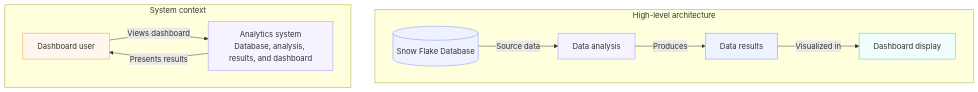
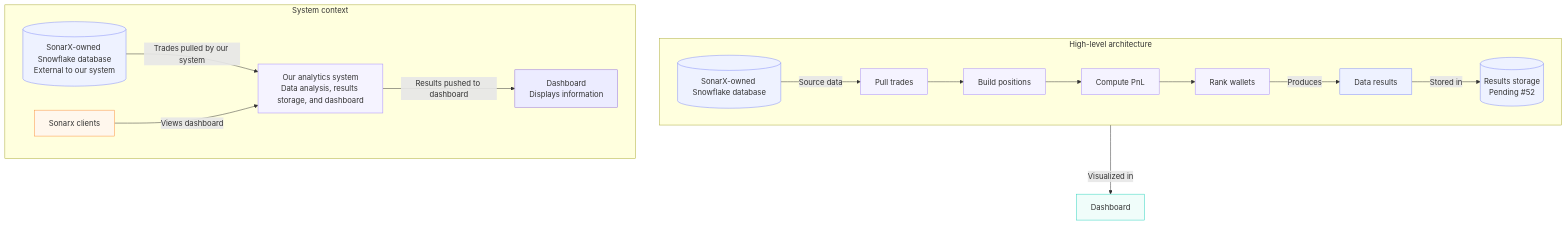
The diagram in docs/design/architecture.md (Bryancostco/CPSC490-G04-EpicEngineers), drawn with Mermaid before and after one commit.

Commit message:
Revision of Architecture + Systen Context Diagrams

`````diff
--- a/docs/design/architecture.md
+++ b/docs/design/architecture.md
@@ -2,42 +3,53 @@
 ```mermaid 
-flowchart TB
-%% High-Level Archiecture Diagram: Figure 1. Data Flow Visualization
 
 
+flowchart TB
+  %% High-Level Archiecture Diagram: Figure 1. Data Flow Visualization
+ subgraph architecture["High-level architecture"]
+    direction LR
+        DB[("SonarX-owned Snowflake database")]
+        Analysis["Pull trades"]
+        Positions["Build positions"]
+        PnL["Compute PnL"]
+        Ranking["Rank wallets"]
+        Results["Data results"]
+        Storage[("Results storage<br>Pending #52")]
+  end
 
-    subgraph architecture ["High-level architecture"]
-        direction LR
-        DB[("Snow Flake Database")]
-        Analysis["Data analysis"]
-        Results["Data results"]
-        Dashboard["Dashboard display"]
+  %% System Context Diagram: Figure 2. Dashboard user workflow, display of dashboard
+ subgraph context["System context"]
+    direction LR
+        SonarxDB[("SonarX-owned Snowflake database<br>External to our system")]
+        System["Our analytics system<br>Data analysis, results storage, and dashboard"]
+        User["Sonarx clients"]
+        SystemDashboard["Dashboard<br>Displays information"]
+  end
+    DB -- Source data --> Analysis
+    Analysis --> Positions
+    Positions --> PnL
+    PnL --> Ranking
+    Ranking -- Produces --> Results
+    Results -- Stored in --> Storage
+    Storage -- Visualized in --> Dashboard["Dashboard"]
+    SonarxDB -- Trades pulled by our system --> System
+    User -- Views dashboard --> System
+    System L_System_SystemDashboard_0@-- Results pushed to dashboard --> SystemDashboard
 
-        DB -->|Source data| Analysis
-        Analysis -->|Produces| Results
-        Results -->|Visualized in| Dashboard
-    end
-
-
-
-%% System Context Diagram: Figure 2. Dashboard user workflow, display of dashboard
-
-    subgraph context ["System context"]
-        direction LR
-        User["Dashboard user"]
-        System["Analytics system<br/>Database, analysis, results, and dashboard"]
-
-        User -->|Views dashboard| System
-        System -->|Presents results| User
-    end
-
+     DB:::data
+     Analysis:::processing
+     Positions:::processing
+     PnL:::processing
+     Ranking:::processing
+     Results:::data
+     Storage:::data
+     SonarxDB:::data
+     System:::processing
+     User:::actor
+     Dashboard:::presentation
     classDef data fill:#eef2ff,stroke:#818cf8
     classDef processing fill:#f5f3ff,stroke:#a78bfa
     classDef presentation fill:#f0fdfa,stroke:#2dd4bf
     classDef actor fill:#fff7ed,stroke:#fb923c
 
-    class DB,Results data
-    class Analysis,System processing
-    class Dashboard presentation
-    class User actor
-
-````
+    L_System_SystemDashboard_0@{ curve: linear }
+```
`````
